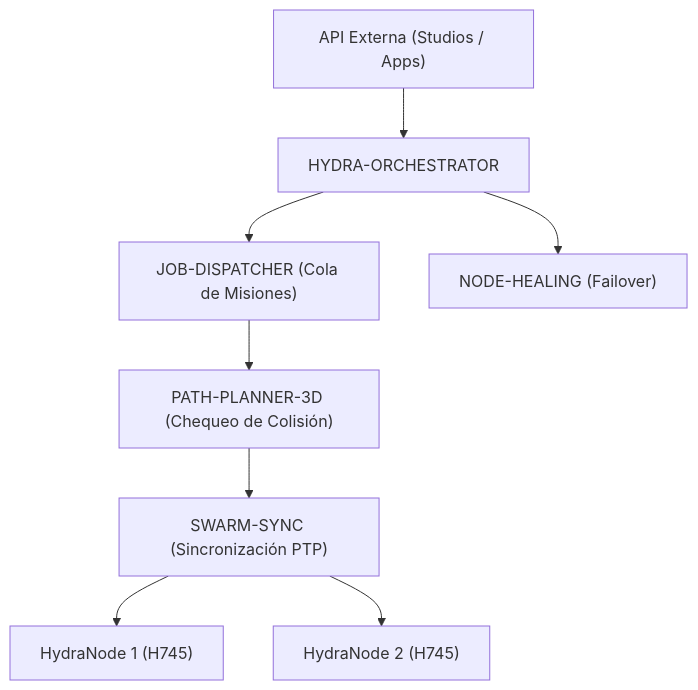
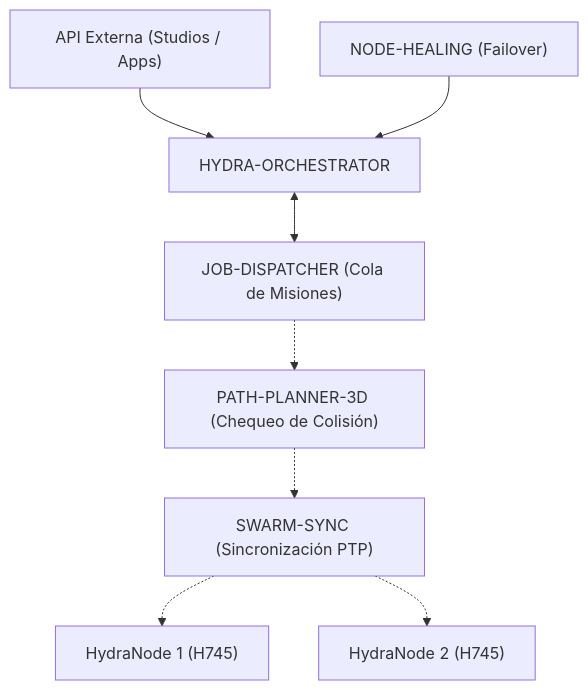
Before and after one commit to JuanenRac/HYDRA-UMC-ORCHESTRATOR: the diagram in README_spa.md, drawn with Mermaid. The commit also changed other lines of this file and 17 other files, not shown here.

Commit message:
Close and requeue jobs the way the real JOB-DISPATCHER accepts them, record the close before attempting it, fence late reports after a requeue, serve requests with a worker pool and timeouts, forward routing hints

````diff
--- a/README_spa.md
+++ b/README_spa.md
@@ -42,10 +42,10 @@
 ```mermaid
 flowchart TB
     API["API Externa (Studios / Apps)"] --> ORCH["HYDRA-ORCHESTRATOR"]
-    ORCH --> JOB["JOB-DISPATCHER (Cola de Misiones)"]
-    JOB --> PATH["PATH-PLANNER-3D (Chequeo de Colisión)"]
-    PATH --> SYNC["SWARM-SYNC (Sincronización PTP)"]
-    SYNC --> NODE1["HydraNode 1 (H745)"]
-    SYNC --> NODE2["HydraNode 2 (H745)"]
-    ORCH --> HEAL["NODE-HEALING (Failover)"]
+    ORCH <--> JOB["JOB-DISPATCHER (Cola de Misiones)"]
+    JOB -.-> PATH["PATH-PLANNER-3D (Chequeo de Colisión)"]
+    PATH -.-> SYNC["SWARM-SYNC (Sincronización PTP)"]
+    SYNC -.-> NODE1["HydraNode 1 (H745)"]
+    SYNC -.-> NODE2["HydraNode 2 (H745)"]
+    HEAL["NODE-HEALING (Failover)"] --> ORCH
 ```
````
